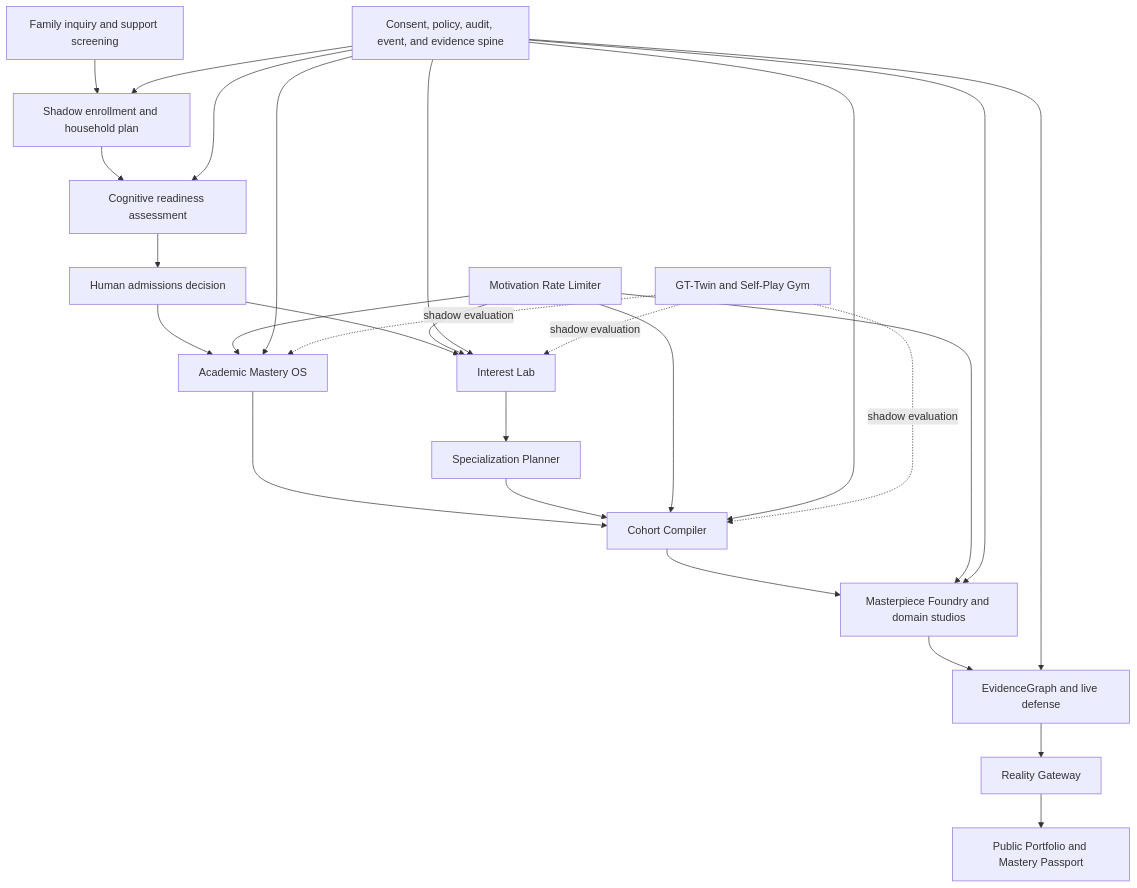
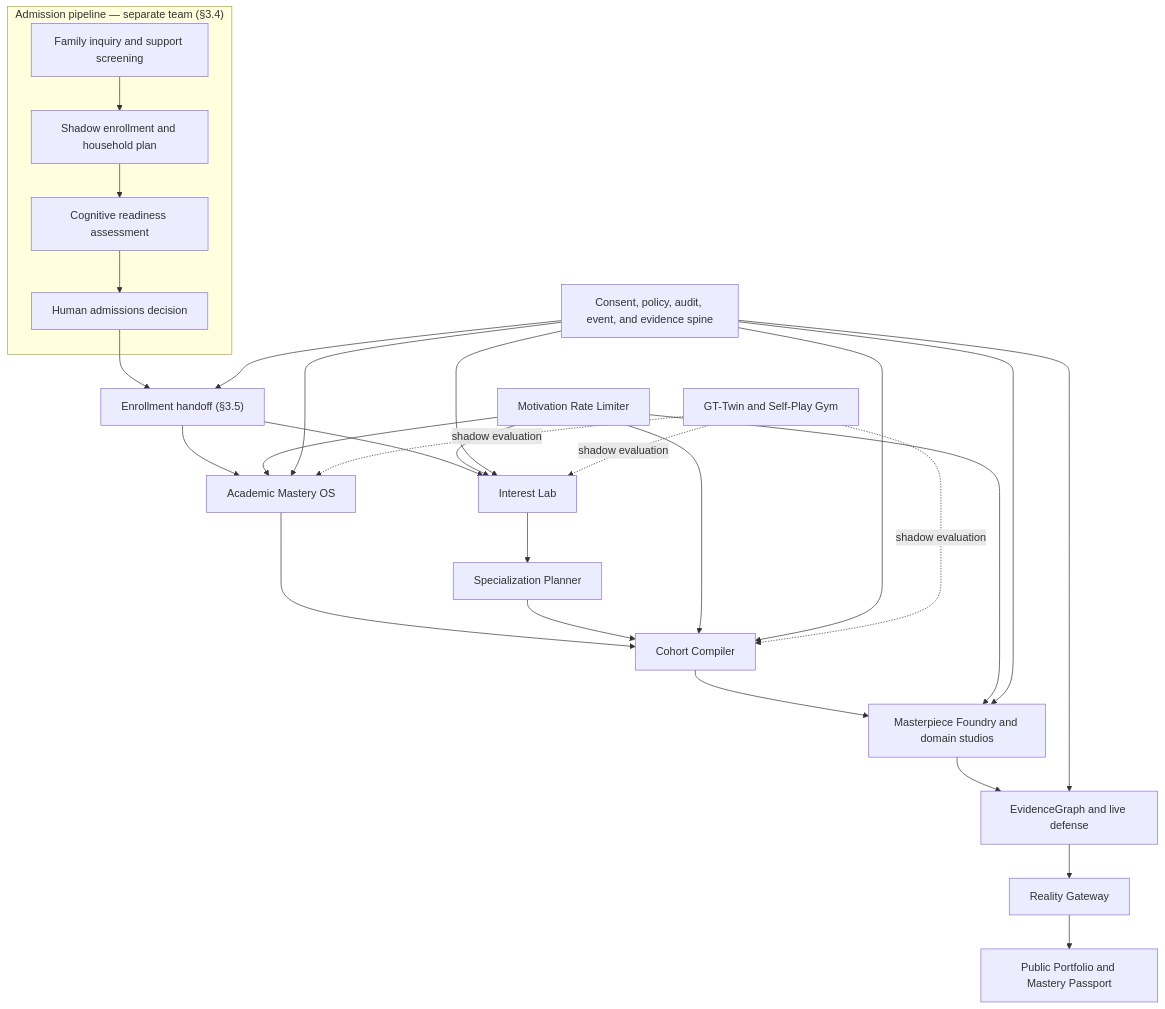
Before and after one commit to spinkicks/gt100k: the first of 4 diagrams in PRD.md, drawn with Mermaid. The commit also changed other lines of this file, not shown here.

````diff
--- a/PRD.md
+++ b/PRD.md
@@ -296,29 +297,31 @@
 ```mermaid
 flowchart TD
-    A["Family inquiry and support screening"] --> B["Shadow enrollment and household plan"]
-    B --> C["Cognitive readiness assessment"]
-    C --> D["Human admissions decision"]
-    D --> E["Academic Mastery OS"]
-    D --> F["Interest Lab"]
+    subgraph ADM["Admission pipeline — separate team (§3.4)"]
+      A["Family inquiry and support screening"] --> B["Shadow enrollment and household plan"]
+      B --> C["Cognitive readiness assessment"]
+      C --> D["Human admissions decision"]
+    end
+    D --> HO["Enrollment handoff (§3.5)"]
+    HO --> E["Academic Mastery OS"]
+    HO --> F["Interest Lab"]
     F --> G["Specialization Planner"]
     E --> H["Cohort Compiler"]
     G --> H
     H --> I["Masterpiece Foundry and domain studios"]
     I --> J["EvidenceGraph and live defense"]
     J --> K["Reality Gateway"]
     K --> L["Public Portfolio and Mastery Passport"]
     M["Motivation Rate Limiter"] --> E
     M --> F
     M --> H
     M --> I
-    N["Consent, policy, audit, event, and evidence spine"] --> B
-    N --> C
+    N["Consent, policy, audit, event, and evidence spine"] --> HO
     N --> E
     N --> F
     N --> H
     N --> I
     N --> J
     O["GT-Twin and Self-Play Gym"] -. shadow evaluation .-> E
     O -. shadow evaluation .-> F
     O -. shadow evaluation .-> H
 ```
````
